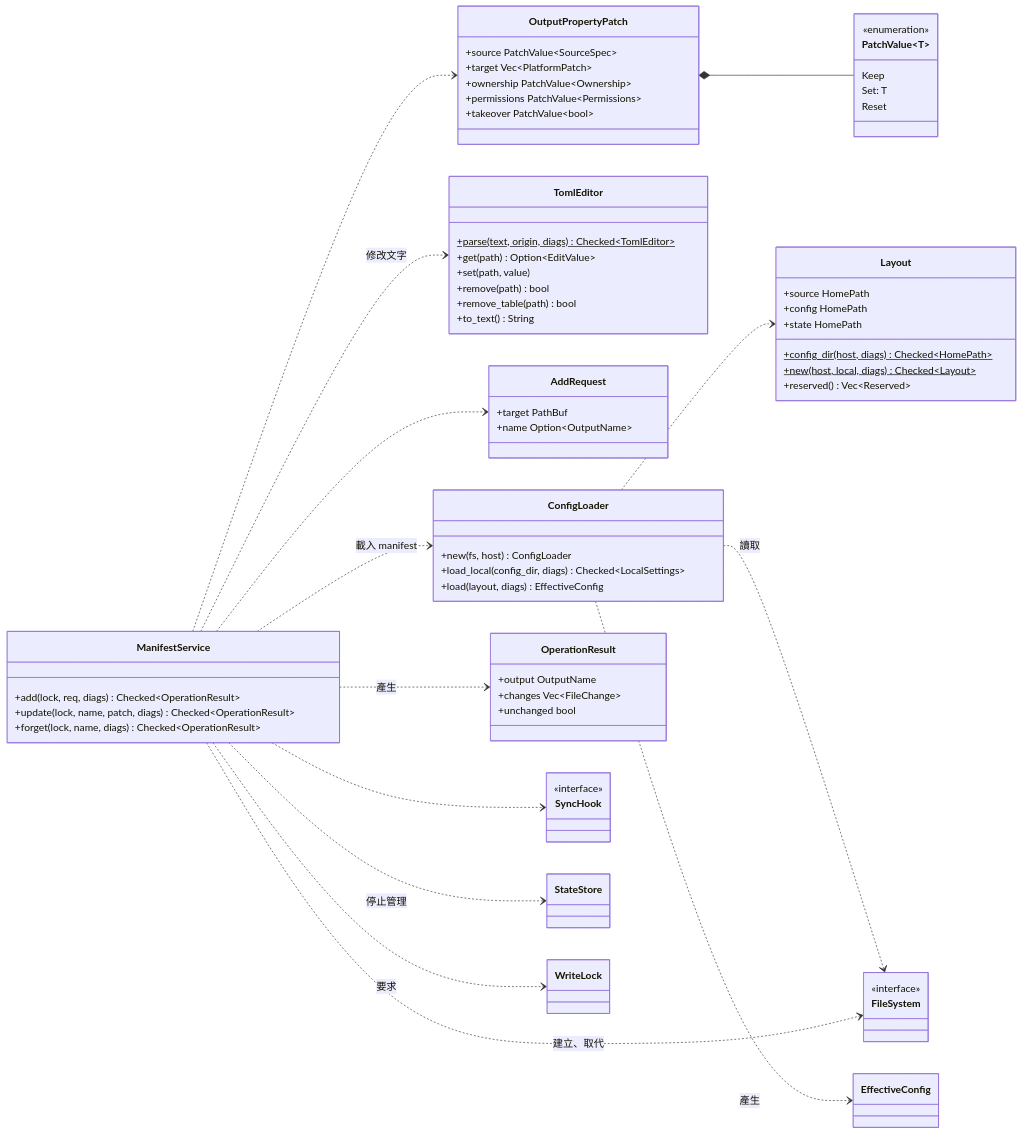
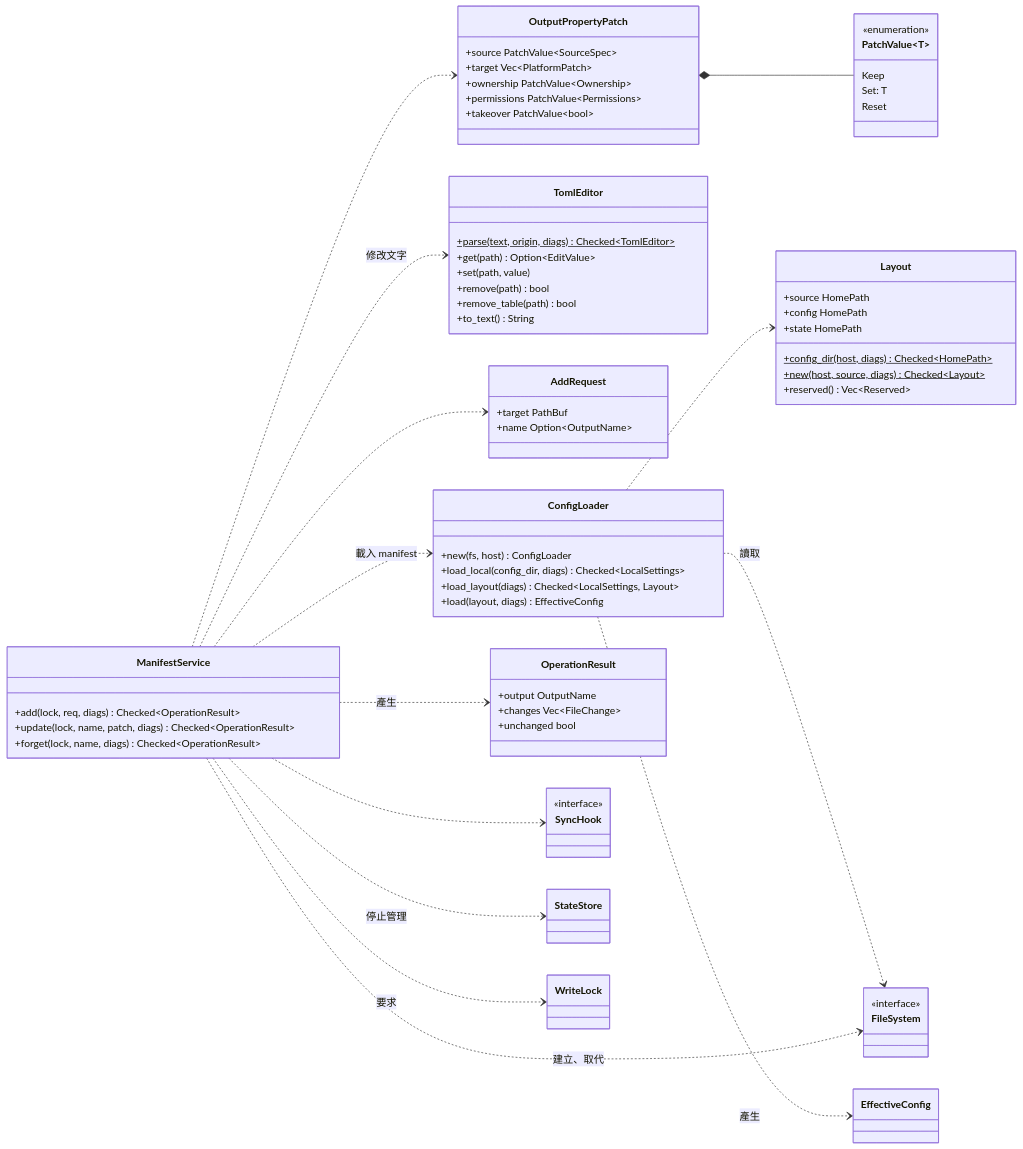
The fifth of 10 diagrams in docs/05-detailed-design/uml.md (accidental-two-timer-sam-woof/rosamta-waterfall), drawn with Mermaid before and after one commit. The commit also changed other lines of this file and 1 other file, not shown here.

````diff
--- a/docs/05-detailed-design/uml.md
+++ b/docs/05-detailed-design/uml.md
@@ -307,75 +309,76 @@
 ```mermaid
 classDiagram
     direction LR
     class Layout {
         +source HomePath
         +config HomePath
         +state HomePath
         +config_dir(host, diags)$ Checked~HomePath~
-        +new(host, local, diags)$ Checked~Layout~
+        +new(host, source, diags)$ Checked~Layout~
         +reserved() Vec~Reserved~
     }
     class ConfigLoader {
         +new(fs, host) ConfigLoader
         +load_local(config_dir, diags) Checked~LocalSettings~
+        +load_layout(diags) Checked~LocalSettings, Layout~
         +load(layout, diags) EffectiveConfig
     }
     class TomlEditor {
         +parse(text, origin, diags)$ Checked~TomlEditor~
         +get(path) Option~EditValue~
         +set(path, value)
         +remove(path) bool
         +remove_table(path) bool
         +to_text() String
     }
     class ManifestService {
         +add(lock, req, diags) Checked~OperationResult~
         +update(lock, name, patch, diags) Checked~OperationResult~
         +forget(lock, name, diags) Checked~OperationResult~
     }
     class AddRequest {
         +target PathBuf
         +name Option~OutputName~
     }
     class OutputPropertyPatch {
         +source PatchValue~SourceSpec~
         +target Vec~PlatformPatch~
         +ownership PatchValue~Ownership~
         +permissions PatchValue~Permissions~
         +takeover PatchValue~bool~
     }
     class PatchValue~T~ {
         <<enumeration>>
         Keep
         Set: T
         Reset
     }
     class OperationResult {
         +output OutputName
         +changes Vec~FileChange~
         +unchanged bool
     }
     class EffectiveConfig
     class FileSystem {
         <<interface>>
     }
     class SyncHook {
         <<interface>>
     }
     class StateStore
     class WriteLock
 
     ConfigLoader ..> Layout
     ConfigLoader ..> FileSystem : 讀取
     ConfigLoader ..> EffectiveConfig : 產生
     ManifestService ..> AddRequest
     ManifestService ..> OutputPropertyPatch
     OutputPropertyPatch *-- PatchValue
     ManifestService ..> OperationResult : 產生
     ManifestService ..> ConfigLoader : 載入 manifest
     ManifestService ..> TomlEditor : 修改文字
     ManifestService ..> WriteLock : 要求
     ManifestService ..> StateStore : 停止管理
     ManifestService ..> FileSystem : 建立、取代
     ManifestService ..> SyncHook
 ```
````
